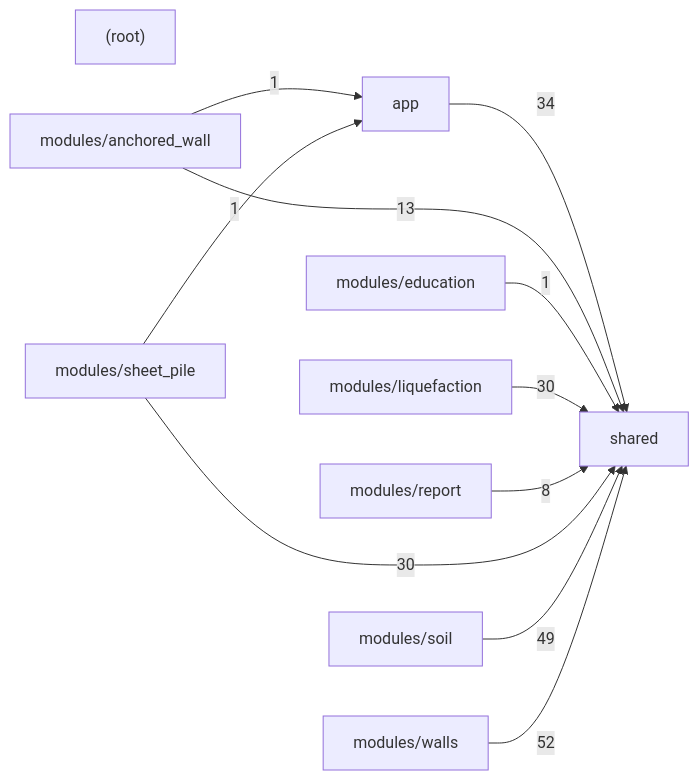
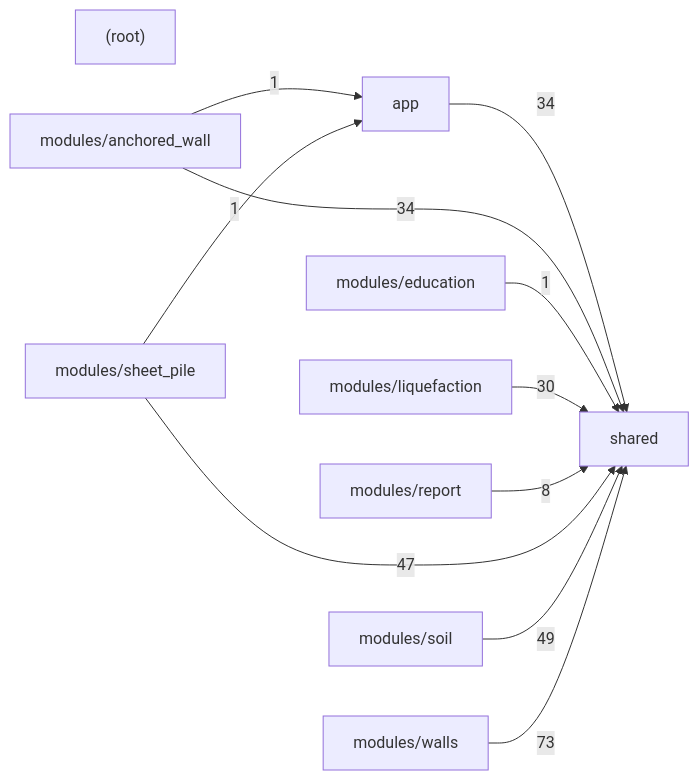
One commit to umutsertkaya/Foundation_Engineering_Program changed the second of 2 diagrams in docs/CODE_MAP.md. Above: the diagram before and after it, drawn with Mermaid. The commit also changed other lines of this file, not shown here.

````diff
--- a/docs/CODE_MAP.md
+++ b/docs/CODE_MAP.md
@@ -648,23 +648,23 @@
 ```mermaid
 graph LR
   _root_["(root)"]
   app["app"]
   modules_anchored_wall["modules/anchored_wall"]
   modules_education["modules/education"]
   modules_liquefaction["modules/liquefaction"]
   modules_report["modules/report"]
   modules_sheet_pile["modules/sheet_pile"]
   modules_soil["modules/soil"]
   modules_walls["modules/walls"]
   shared["shared"]
   app -->|34| shared
   modules_anchored_wall -->|1| app
-  modules_anchored_wall -->|13| shared
+  modules_anchored_wall -->|34| shared
   modules_education -->|1| shared
   modules_liquefaction -->|30| shared
   modules_report -->|8| shared
   modules_sheet_pile -->|1| app
-  modules_sheet_pile -->|30| shared
+  modules_sheet_pile -->|47| shared
   modules_soil -->|49| shared
-  modules_walls -->|52| shared
+  modules_walls -->|73| shared
 ```
````
